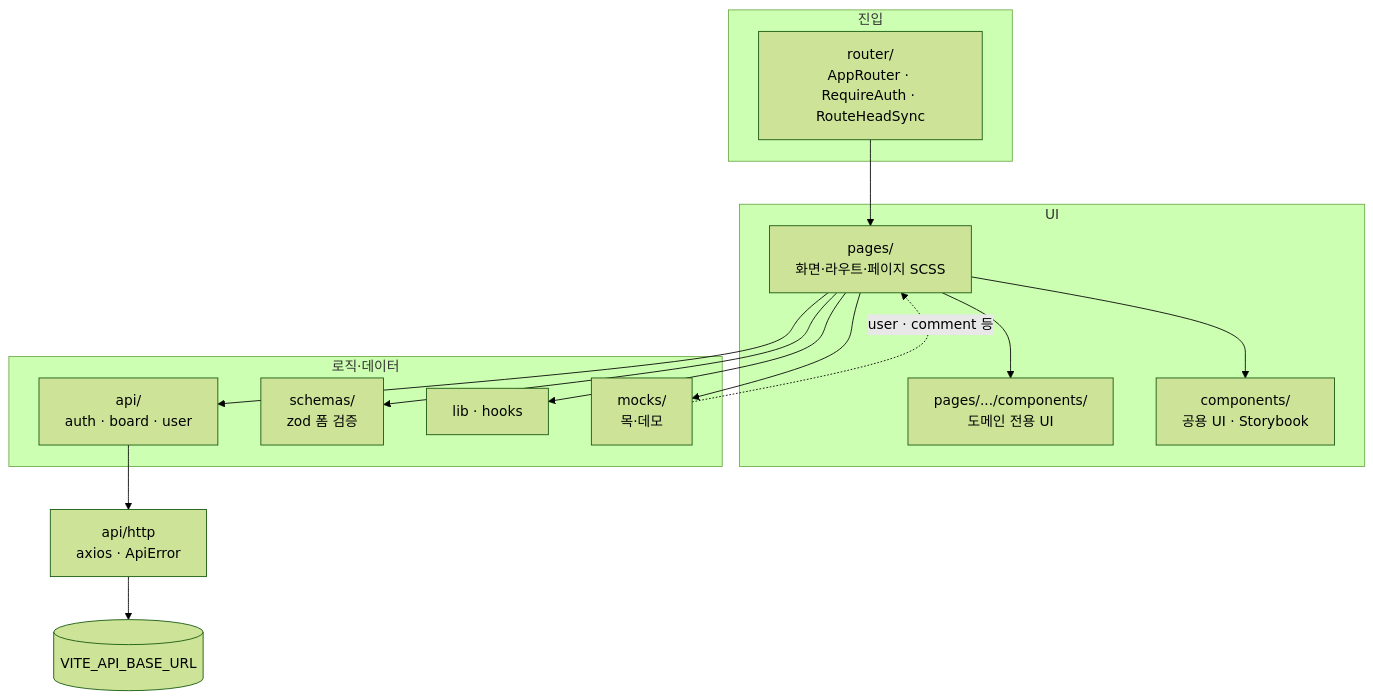
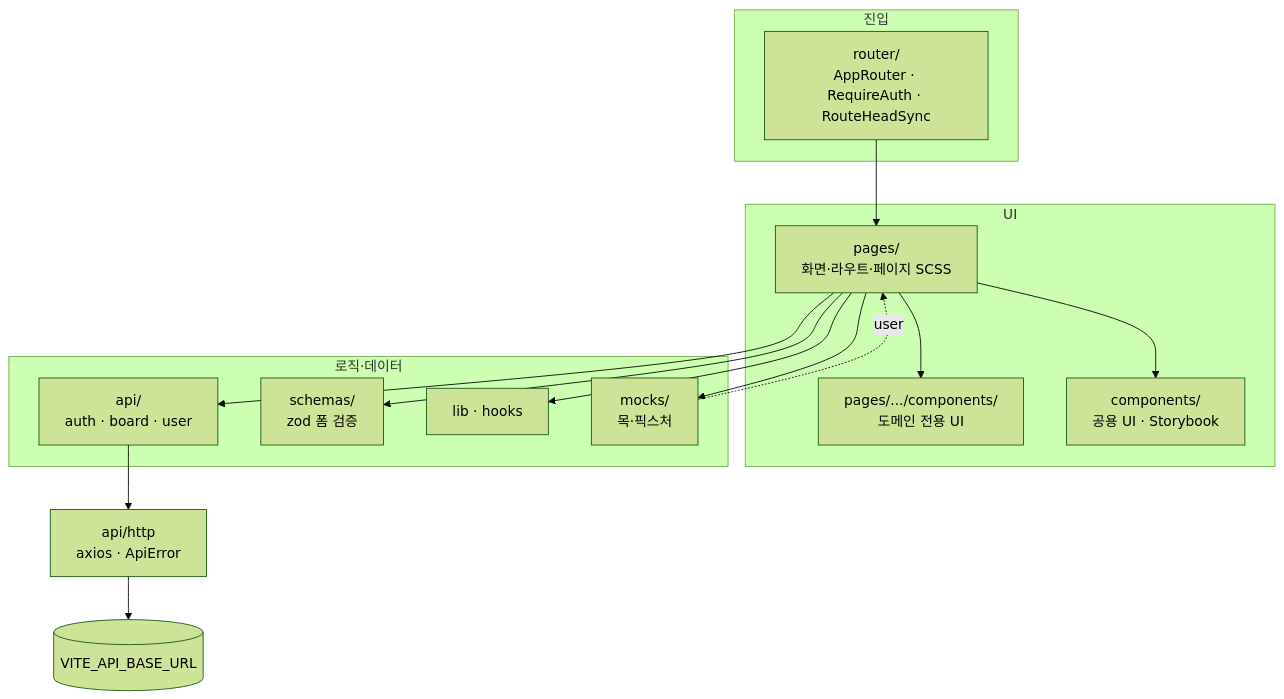
Before and after one commit to sooozi/react-prtc01: the diagram in README.md, drawn with Mermaid (forest theme). The commit also changed other lines of this file and 6 other files, not shown here.

````diff
--- a/README.md
+++ b/README.md
@@ -19,30 +19,30 @@
 ```mermaid
 flowchart TB
   subgraph entry["진입"]
     R["router/<br/>AppRouter · RequireAuth · RouteHeadSync"]
   end
 
   subgraph ui["UI"]
     P["pages/<br/>화면·라우트·페이지 SCSS"]
     PC["pages/.../components/<br/>도메인 전용 UI"]
     C["components/<br/>공용 UI · Storybook"]
   end
 
   subgraph logic["로직·데이터"]
     A["api/<br/>auth · board · user"]
     S["schemas/<br/>zod 폼 검증"]
     L["lib · hooks"]
-    M["mocks/<br/>목·데모"]
+    M["mocks/<br/>목·픽스처"]
   end
 
   R --> P
   P --> C
   P --> PC
   P --> A
   P --> S
   P --> L
   P --> M
   A --> H["api/http<br/>axios · ApiError"]
   H --> API[("VITE_API_BASE_URL")]
-  M -.->|user · comment 등| P
+  M -.->|user| P
 ```
````
